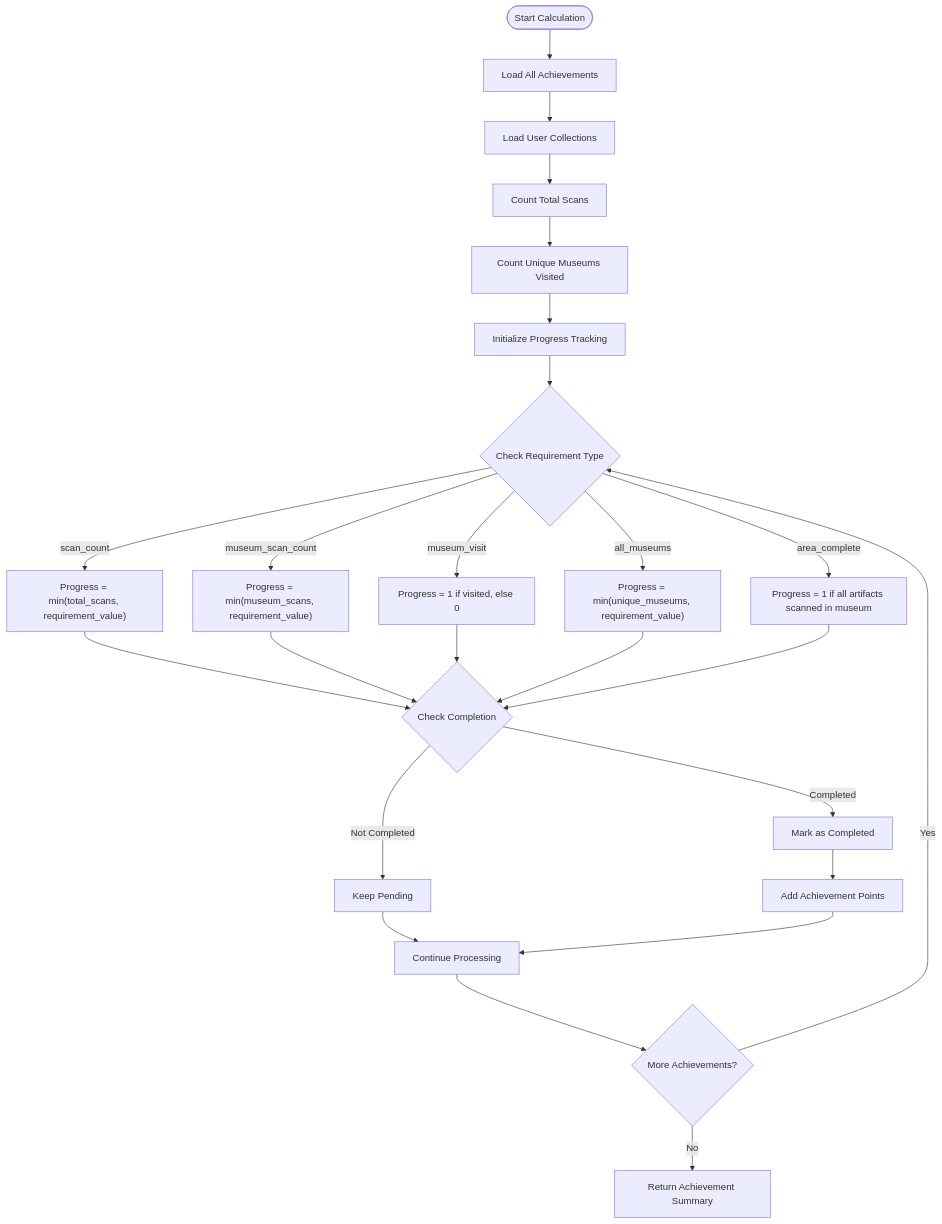
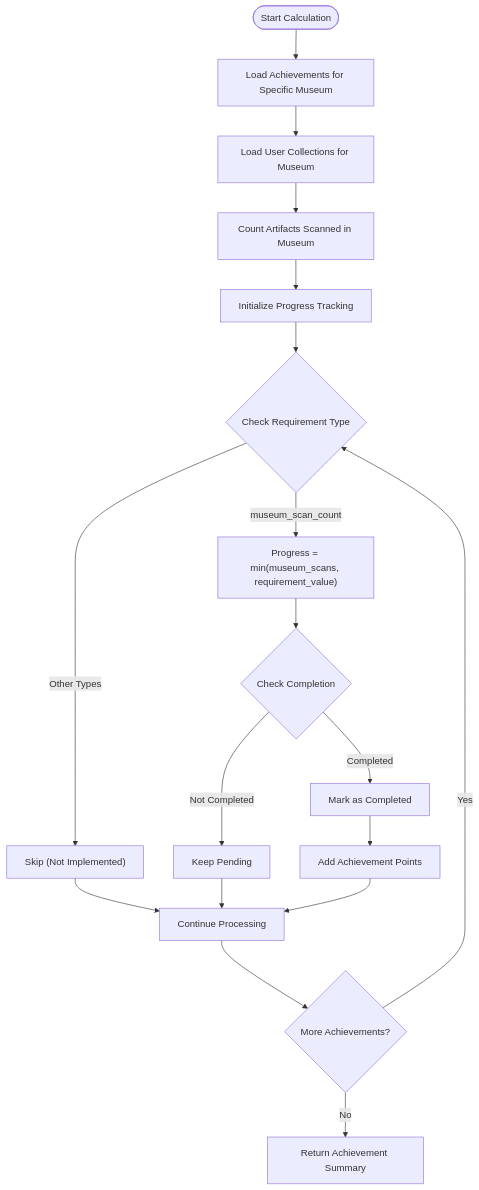
One commit to vinhle-HCMUT/MuseAmigo_API changed the fourth of 7 diagrams in .qoder/repowiki/en/content/API Reference/Achievement System Endpoints.md. Above: the diagram before and after it, drawn with Mermaid. The commit also changed other lines of this file and 1 other file, not shown here.

````diff
--- a/.qoder/repowiki/en/content/API Reference/Achievement System Endpoints.md
+++ b/.qoder/repowiki/en/content/API Reference/Achievement System Endpoints.md
@@ -165,27 +178,20 @@
 ```mermaid
 flowchart TD
-Start([Start Calculation]) --> LoadAchievements["Load All Achievements"]
-LoadAchievements --> LoadCollections["Load User Collections"]
-LoadCollections --> CountScans["Count Total Scans"]
-CountScans --> CountMuseums["Count Unique Museums Visited"]
-CountMuseums --> InitProgress["Initialize Progress Tracking"]
-InitProgress --> CheckRequirements{"Check Requirement Type"}
-CheckRequirements --> |scan_count| ScanCount["Progress = min(total_scans, requirement_value)"]
-CheckRequirements --> |museum_scan_count| MuseumScan["Progress = min(museum_scans, requirement_value)"]
-CheckRequirements --> |museum_visit| MuseumVisit["Progress = 1 if visited, else 0"]
-CheckRequirements --> |all_museums| AllMuseums["Progress = min(unique_museums, requirement_value)"]
-CheckRequirements --> |area_complete| AreaComplete["Progress = 1 if all artifacts scanned in museum"]
-ScanCount --> CheckCompletion{"Check Completion"}
-MuseumScan --> CheckCompletion
-MuseumVisit --> CheckCompletion
-AllMuseums --> CheckCompletion
-AreaComplete --> CheckCompletion
+Start([Start Calculation]) --> LoadAchievements["Load Achievements for Specific Museum"]
+LoadAchievements --> LoadCollections["Load User Collections for Museum"]
+LoadCollections --> CountMuseumScans["Count Artifacts Scanned in Museum"]
+CountMuseumScans --> InitProgress["Initialize Progress Tracking"]
+InitProgress --> CheckRequirement{"Check Requirement Type"}
+CheckRequirement --> |museum_scan_count| MuseumScan["Progress = min(museum_scans, requirement_value)"]
+CheckRequirement --> |Other Types| Skip["Skip (Not Implemented)"]
+MuseumScan --> CheckCompletion{"Check Completion"}
+Skip --> ContinueLoop["Continue Processing"]
 CheckCompletion --> |Completed| MarkComplete["Mark as Completed"]
 CheckCompletion --> |Not Completed| KeepPending["Keep Pending"]
 MarkComplete --> UpdatePoints["Add Achievement Points"]
-KeepPending --> ContinueLoop["Continue Processing"]
+KeepPending --> ContinueLoop
 UpdatePoints --> ContinueLoop
 ContinueLoop --> NextAchievement{"More Achievements?"}
-NextAchievement --> |Yes| CheckRequirements
+NextAchievement --> |Yes| CheckRequirement
 NextAchievement --> |No| ReturnResults["Return Achievement Summary"]
 ```
````
